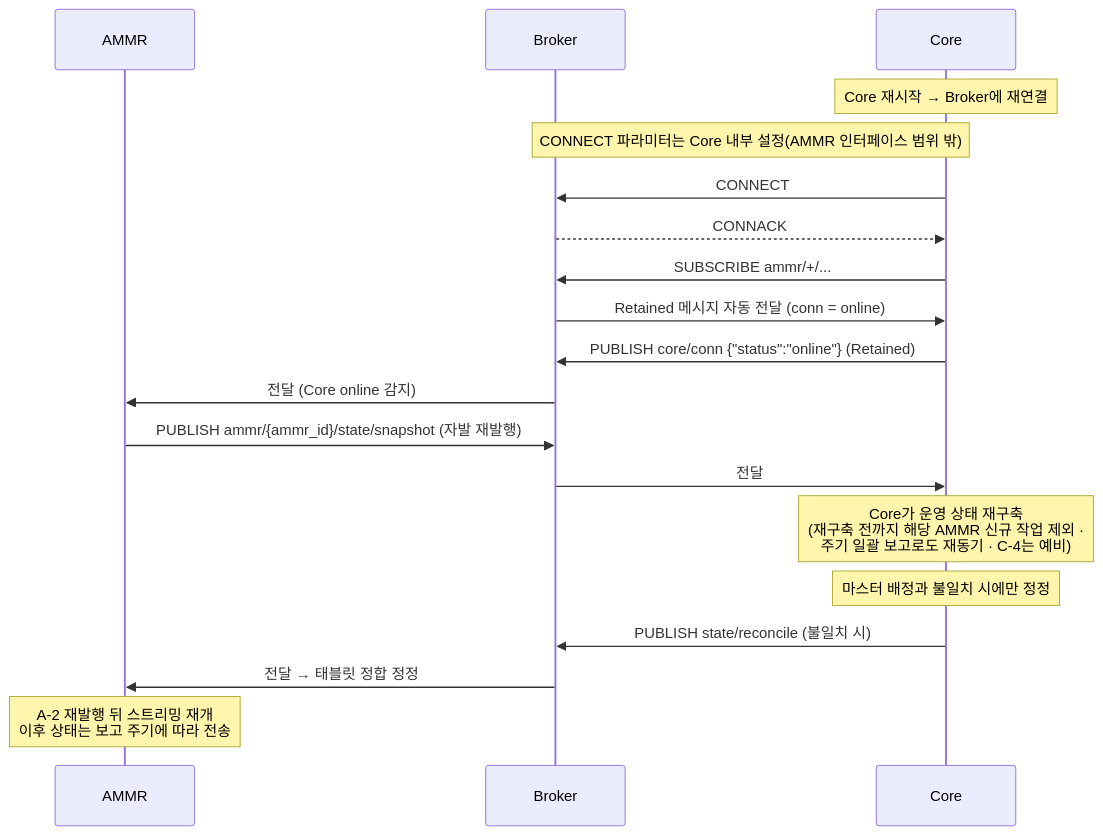
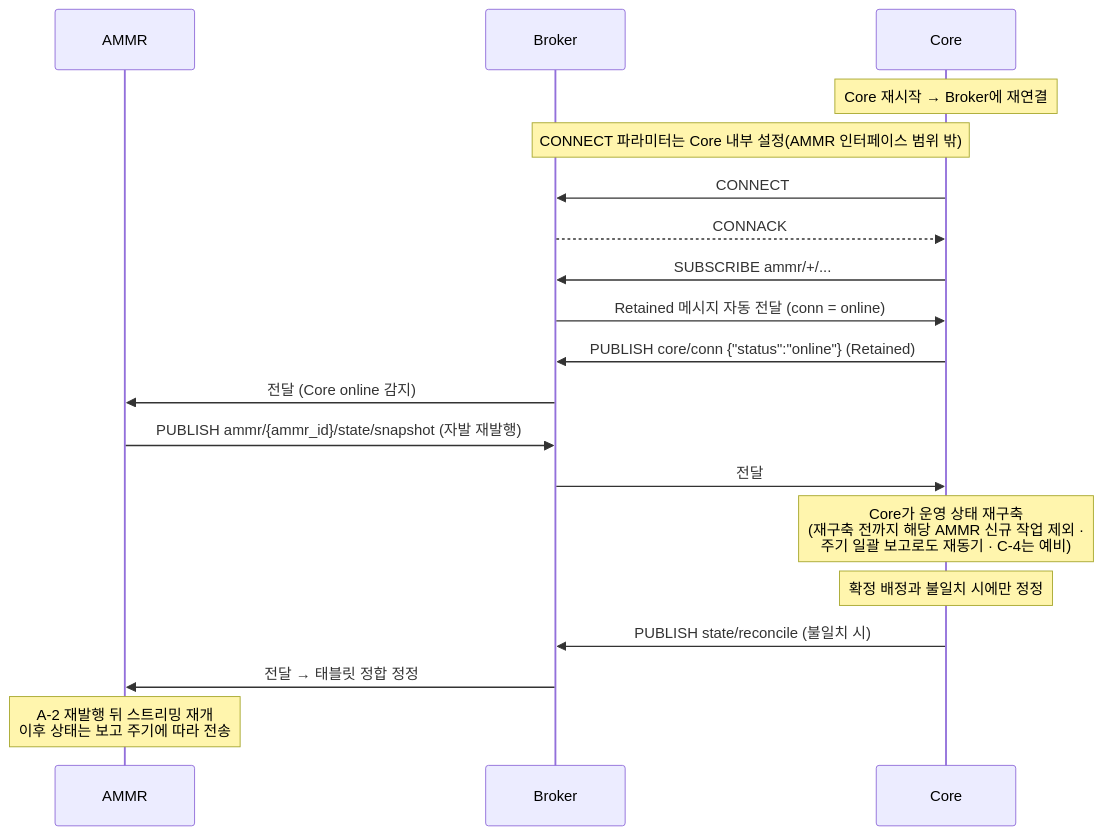
One commit to kimminsu0315/Core-Docs changed diagram 13 of 13 in docs/out/Core_ICD_AMMR.md. Above: the diagram before and after it, drawn with Mermaid. The commit also changed other lines of this file and 7 other files, not shown here.

````diff
--- a/docs/out/Core_ICD_AMMR.md
+++ b/docs/out/Core_ICD_AMMR.md
@@ -1315,24 +1369,24 @@
 ```mermaid
 sequenceDiagram
     participant A as AMMR
     participant B as Broker
     participant C as Core
 
     Note over C: Core 재시작 → Broker에 재연결
     Note over C,B: CONNECT 파라미터는 Core 내부 설정(AMMR 인터페이스 범위 밖)
     C->>B: CONNECT
     B-->>C: CONNACK
     C->>B: SUBSCRIBE ammr/+/...
     B->>C: Retained 메시지 자동 전달 (conn = online)
 
     C->>B: PUBLISH core/conn {"status":"online"} (Retained)
     B->>A: 전달 (Core online 감지)
     A->>B: PUBLISH ammr/{ammr_id}/state/snapshot (자발 재발행)
     B->>C: 전달
     Note over C: Core가 운영 상태 재구축<br/>(재구축 전까지 해당 AMMR 신규 작업 제외 ·<br/>주기 일괄 보고로도 재동기 · C-4는 예비)
-    Note over C: 마스터 배정과 불일치 시에만 정정
+    Note over C: 확정 배정과 불일치 시에만 정정
     C->>B: PUBLISH state/reconcile (불일치 시)
     B->>A: 전달 → 태블릿 정합 정정
 
     Note over A: A-2 재발행 뒤 스트리밍 재개<br/>이후 상태는 보고 주기에 따라 전송
 ```
````
